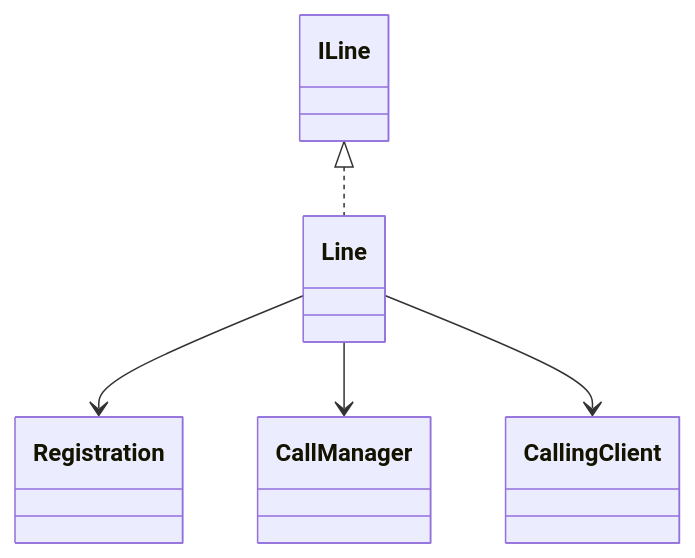
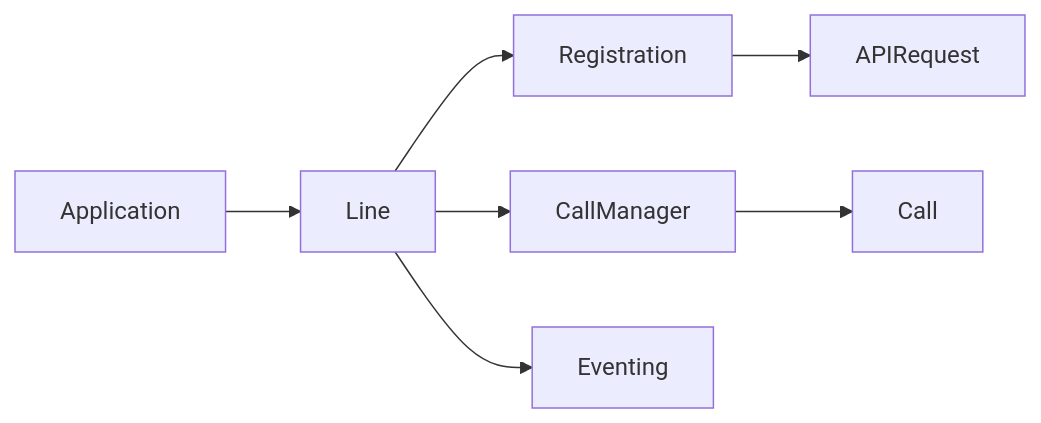
One commit to webex/webex-js-sdk changed the seventh of 8 diagrams in packages/calling/src/CallingClient/line/ai-docs/line-spec.md. Above: the diagram before and after it, drawn with Mermaid. The commit also changed other lines of this file and 59 other files, not shown here.

````diff
--- a/packages/calling/src/CallingClient/line/ai-docs/line-spec.md
+++ b/packages/calling/src/CallingClient/line/ai-docs/line-spec.md
@@ -96,7 +493,9 @@
 ```mermaid
-classDiagram
- ILine <|.. Line
- Line --> Registration
- Line --> CallManager
- Line --> CallingClient
+flowchart LR
+  App[Application] --> Line
+  Line --> Registration
+  Line --> CallManager
+  Registration --> APIRequest
+  CallManager --> Call
+  Line --> Events[Eventing]
 ```
````
